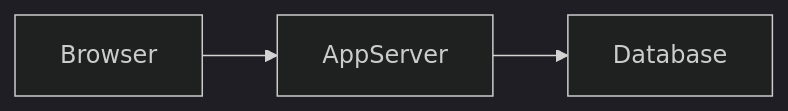
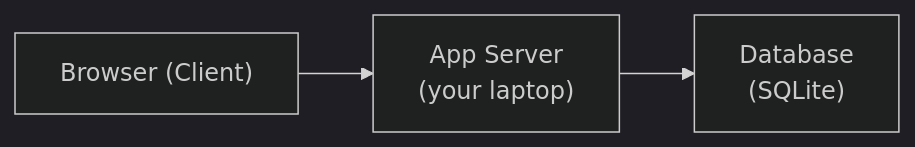
Before and after one commit to saroj990/system-design: the second of 6 diagrams in fundamentals/01-what-is-system-design.md, drawn with Mermaid (dark theme). The commit also changed other lines of this file and 14 other files, not shown here.

````diff
--- a/fundamentals/01-what-is-system-design.md
+++ b/fundamentals/01-what-is-system-design.md
@@ -50,5 +138,5 @@
 ```mermaid
 flowchart LR
-  Browser --> AppServer
-  AppServer --> Database
+  Browser["Browser (Client)"] --> AppServer["App Server\n(your laptop)"]
+  AppServer --> Database["Database\n(SQLite)"]
 ```
````
